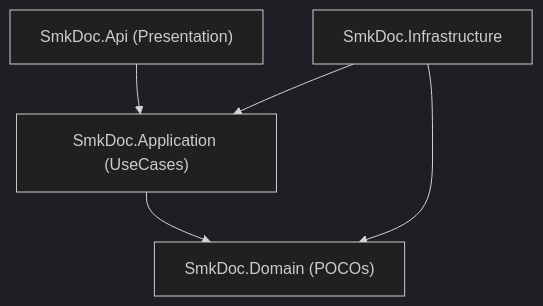
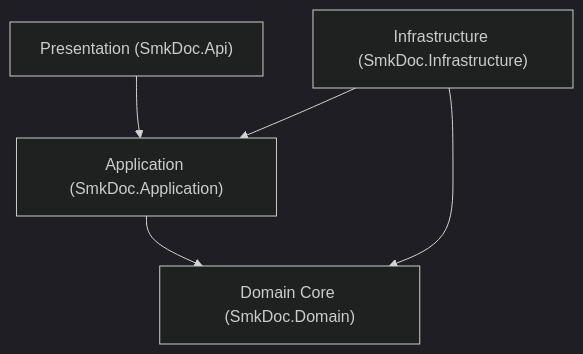
One commit to suang05/doc_template changed the diagram in docs/AI/00_architecture_core/dependency_and_folder_rules.md. Above: the diagram before and after it, drawn with Mermaid (dark theme). The commit also changed other lines of this file and 2 other files, not shown here.

Commit message:
docs(ai): add core architecture and anti-pattern firewall documentation

````diff
--- a/docs/AI/00_architecture_core/dependency_and_folder_rules.md
+++ b/docs/AI/00_architecture_core/dependency_and_folder_rules.md
@@ -28,7 +64,7 @@
 ```mermaid
 graph TD
-    Api["SmkDoc.Api (Presentation)"] --> Application["SmkDoc.Application (UseCases)"]
-    Infrastructure["SmkDoc.Infrastructure"] --> Application
-    Application --> Domain["SmkDoc.Domain (POCOs)"]
-    Infrastructure --> Domain
+    Api["Presentation (SmkDoc.Api)"] --> App["Application (SmkDoc.Application)"]
+    Infra["Infrastructure (SmkDoc.Infrastructure)"] --> App
+    App --> Domain["Domain Core (SmkDoc.Domain)"]
+    Infra --> Domain
 ```
````
